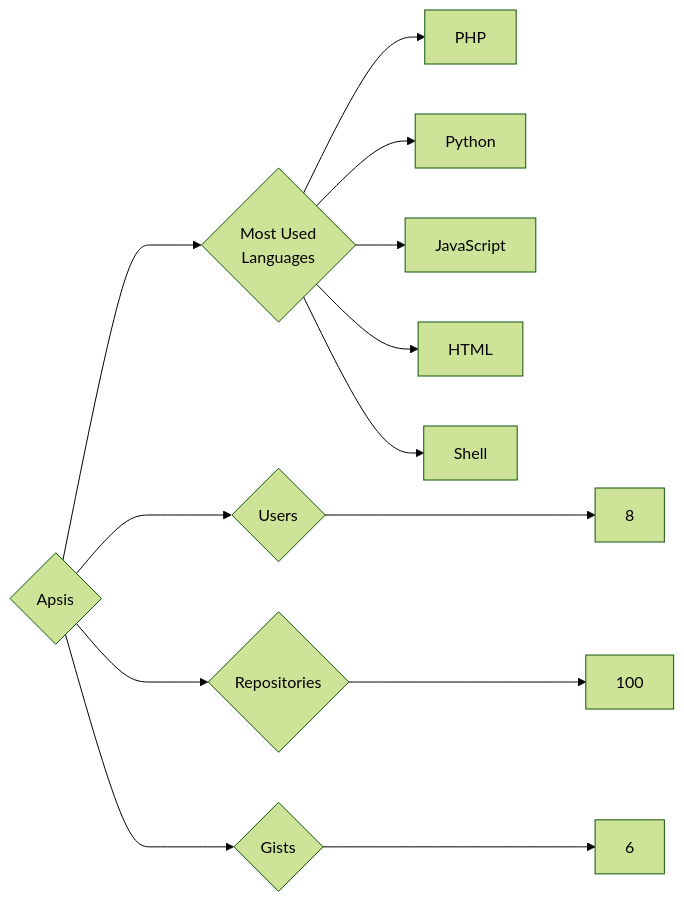
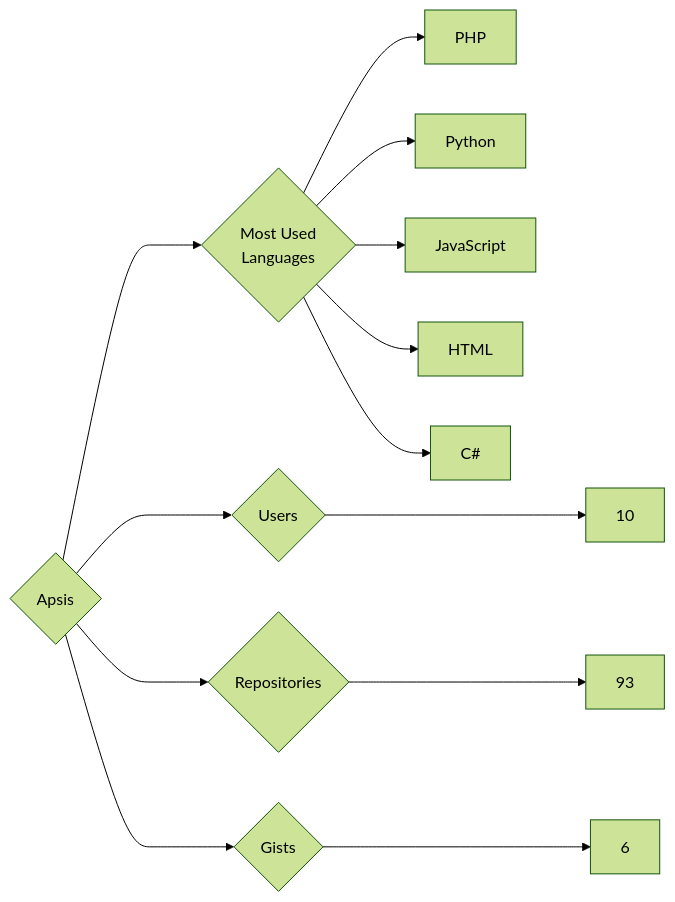
Before and after one commit to trickest/insiders: the diagram in targets/Apsis/README.md, drawn with Mermaid (forest theme). The commit also changed 997 other files, not shown here.

````diff
--- a/targets/Apsis/README.md
+++ b/targets/Apsis/README.md
@@ -3,13 +3,13 @@
 ```mermaid
 graph LR
 COMPANY_NAME{Apsis}
-COMPANY_NAME ---> U{Users} ---> UN[8]
-COMPANY_NAME ---> R{Repositories} ---> RN[100]
+COMPANY_NAME ---> U{Users} ---> UN[10]
+COMPANY_NAME ---> R{Repositories} ---> RN[93]
 COMPANY_NAME ---> G{Gists} ---> GN[6]
 COMPANY_NAME ---> ML{Most Used<br>Languages}
 ML --> PHP[PHP]
 ML --> Python[Python]
 ML --> JavaScript[JavaScript]
 ML --> HTML[HTML]
-ML --> Shell[Shell]
+ML --> C#[C#]
 ```
````
